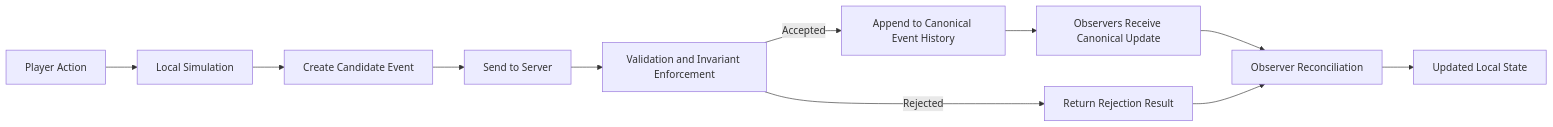
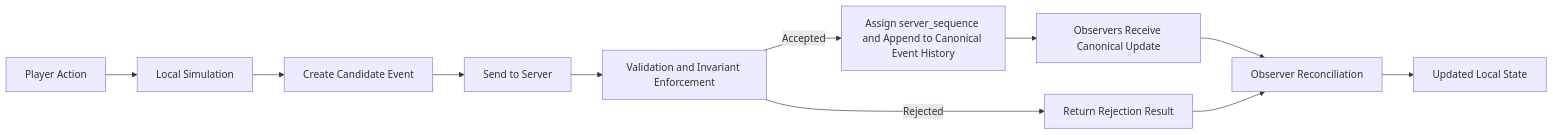
One commit to godofthunder101/crypsa-architecture changed the diagram in diagrams/CrypSA_Event_Flow.md. Above: the diagram before and after it, drawn with Mermaid. The commit also changed other lines of this file, not shown here.

Commit message:
Update terminology to clarify canonical event history

`````diff
--- a/diagrams/CrypSA_Event_Flow.md
+++ b/diagrams/CrypSA_Event_Flow.md
@@ -15,17 +15,17 @@
 ```mermaid
 flowchart LR
 
 A[Player Action] --> B[Local Simulation]
 B --> C[Create Candidate Event]
 C --> D[Send to Server]
 
 D --> E[Validation and Invariant Enforcement]
 
-E -->|Accepted| F[Append to Canonical Event History]
+E -->|Accepted| F[Assign server_sequence and Append to Canonical Event History]
 E -->|Rejected| G[Return Rejection Result]
 
 F --> H[Observers Receive Canonical Update]
 H --> J[Observer Reconciliation]
 G --> J
 J --> K[Updated Local State]
-```
+````
`````
